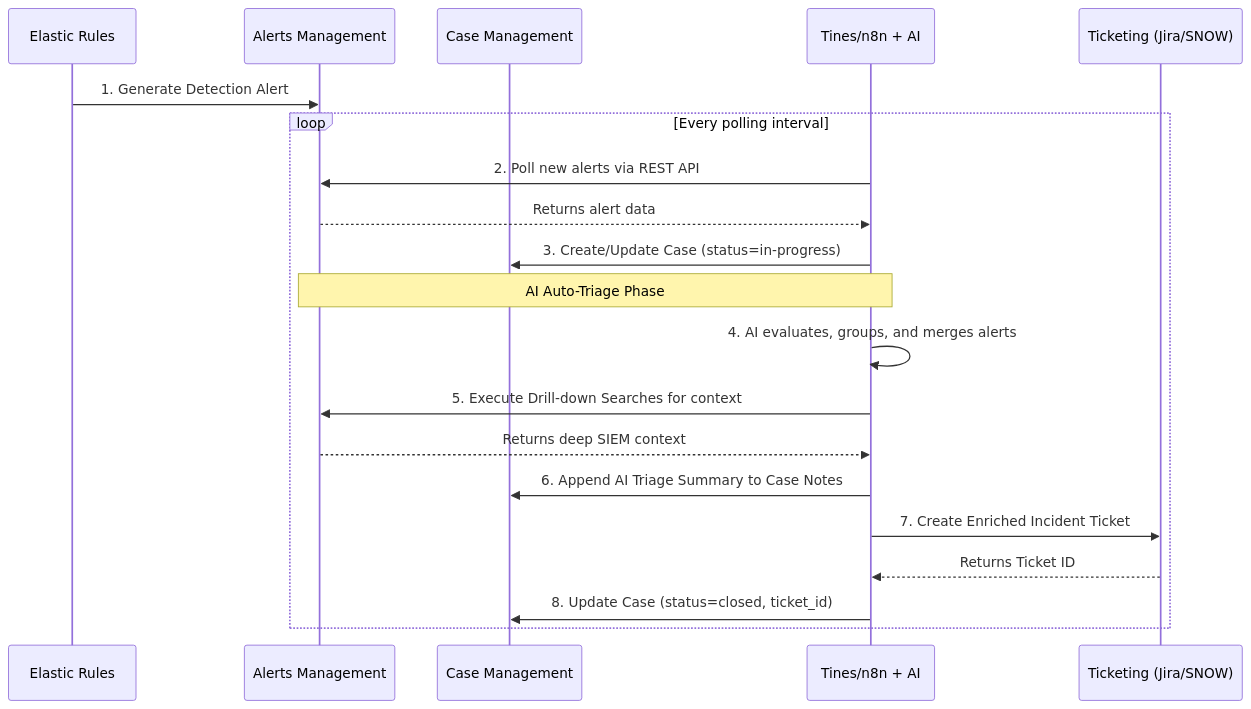
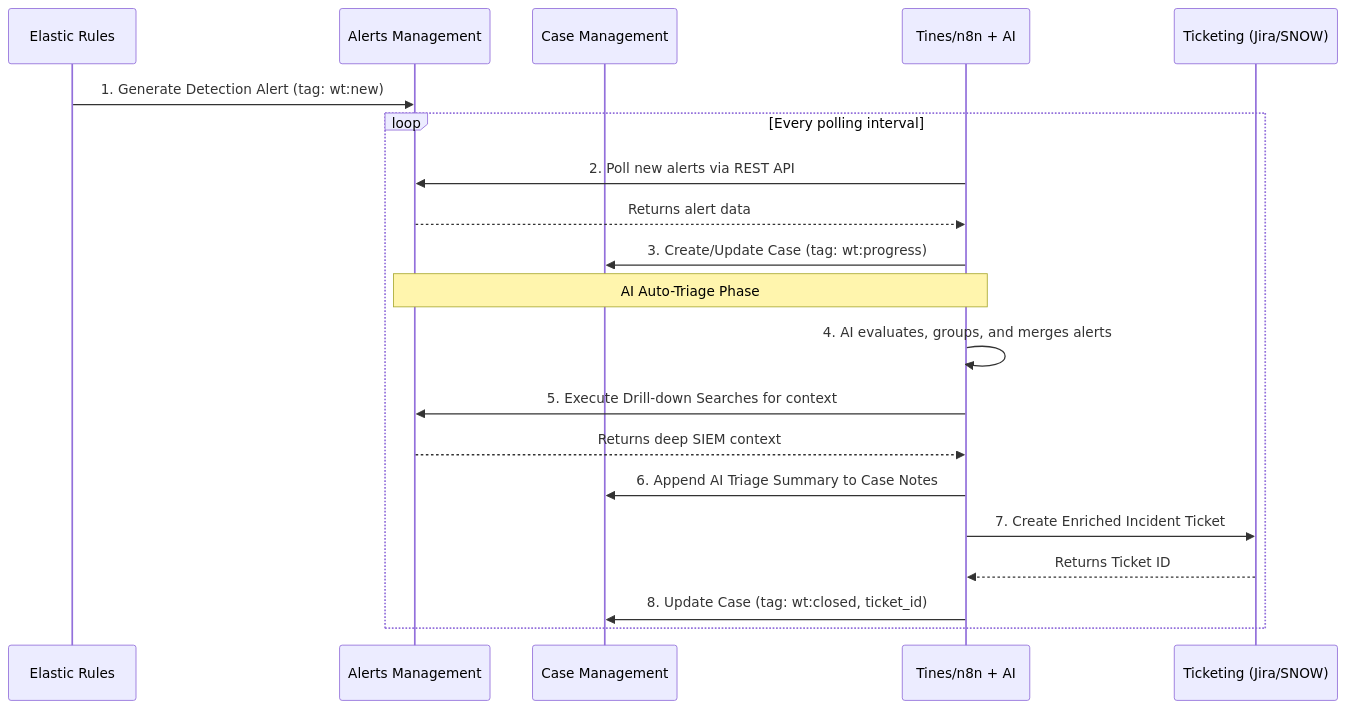
The diagram in docs/design/elastic/data_flow.md (getkub/watchtower), drawn with Mermaid before and after one commit. The commit also changed 21 other files, not shown here.

````diff
--- a/docs/design/elastic/data_flow.md
+++ b/docs/design/elastic/data_flow.md
@@ -3,25 +3,25 @@
 ```mermaid
 sequenceDiagram
     participant E as Elastic Rules
     participant A as Alerts Management
     participant C as Case Management
     participant T as Tines/n8n + AI
     participant D as Ticketing (Jira/SNOW)
 
-    E->>A: 1. Generate Detection Alert
+    E->>A: 1. Generate Detection Alert (tag: wt:new)
     loop Every polling interval
         T->>A: 2. Poll new alerts via REST API
         A-->>T: Returns alert data
-        T->>C: 3. Create/Update Case (status=in-progress)
+        T->>C: 3. Create/Update Case (tag: wt:progress)
         
         Note over A,T: AI Auto-Triage Phase
         T->>T: 4. AI evaluates, groups, and merges alerts
         T->>A: 5. Execute Drill-down Searches for context
         A-->>T: Returns deep SIEM context
         T->>C: 6. Append AI Triage Summary to Case Notes
         
         T->>D: 7. Create Enriched Incident Ticket
         D-->>T: Returns Ticket ID
-        T->>C: 8. Update Case (status=closed, ticket_id)
+        T->>C: 8. Update Case (tag: wt:closed, ticket_id)
     end
 ```
````
